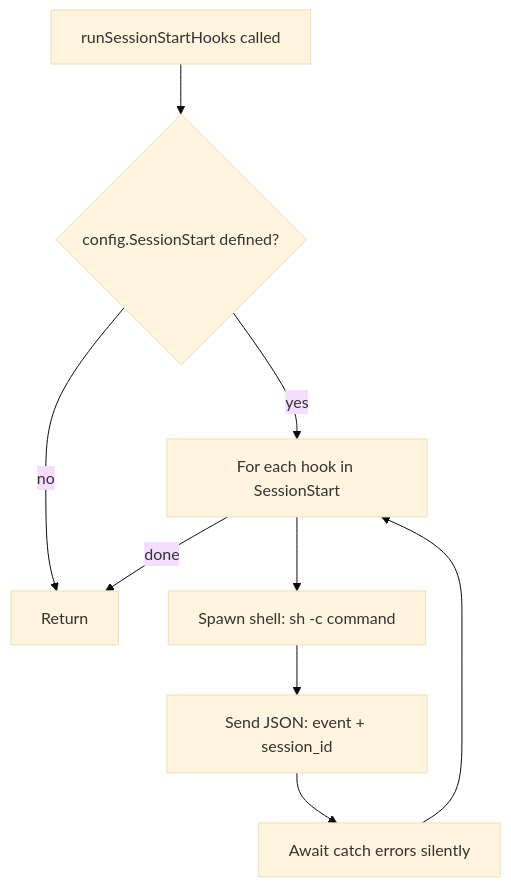
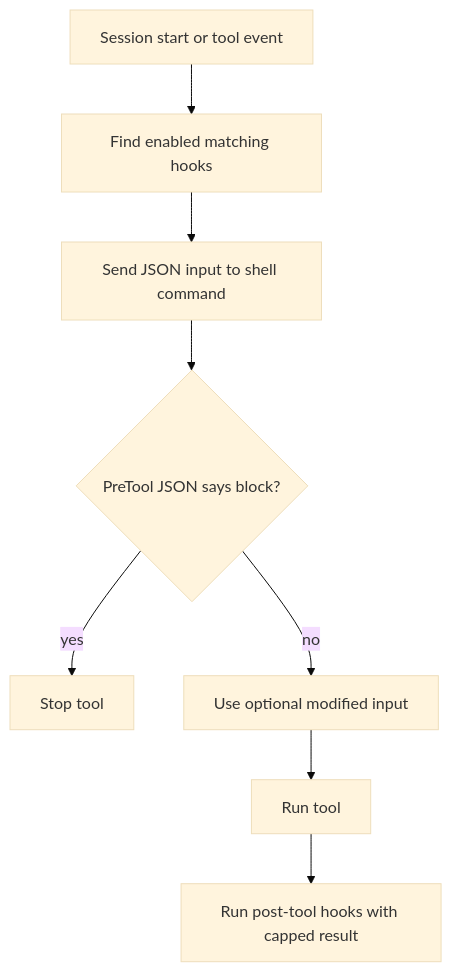
Before and after one commit to Hermenics/deepseek-code: the diagram in _reversa_sdd/flowcharts/hooks.md, drawn with Mermaid (base theme). The commit also changed other lines of this file and 151 other files, not shown here.

First line of the commit message:
docs(agents): reorganize skill documentation and expand SDD architecture

````diff
--- a/_reversa_sdd/flowcharts/hooks.md
+++ b/_reversa_sdd/flowcharts/hooks.md
@@ -63,11 +3,10 @@
 ```mermaid
 flowchart TD
-    A[runSessionStartHooks called] --> B{config.SessionStart defined?}
-    B -->|no| C[Return]
-    B -->|yes| D[For each hook in SessionStart]
-    D --> E[Spawn shell: sh -c command]
-    E --> F[Send JSON: event + session_id]
-    F --> G[Await catch errors silently]
-    G --> D
-    D -->|done| C
+  A[Session start or tool event] --> B[Find enabled matching hooks]
+  B --> C[Send JSON input to shell command]
+  C --> D{PreTool JSON says block?}
+  D -->|yes| E[Stop tool]
+  D -->|no| F[Use optional modified input]
+  F --> G[Run tool]
+  G --> H[Run post-tool hooks with capped result]
 ```
````
